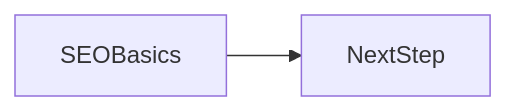
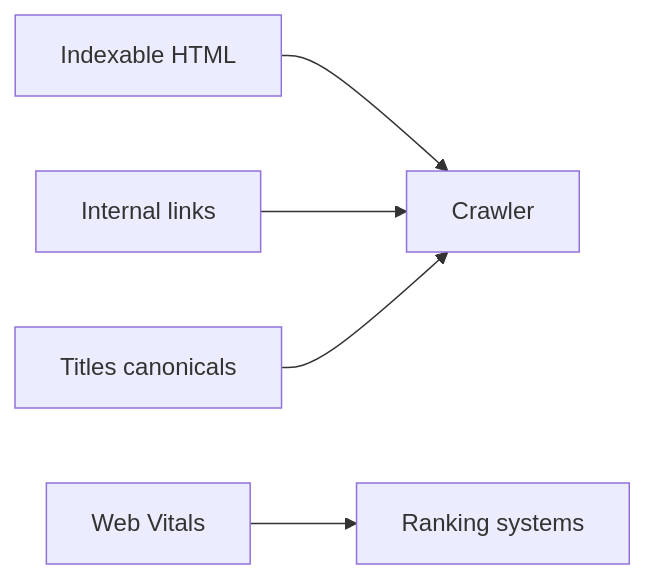
Before and after one commit to OmidJavaherii/Frontend-Engineering-Handbook: the second of 2 diagrams in docs/en/04-html/seo-basics/index.md, drawn with Mermaid. The commit also changed other lines of this file and 461 other files, not shown here.

````diff
--- a/docs/en/04-html/seo-basics/index.md
+++ b/docs/en/04-html/seo-basics/index.md
@@ -97,4 +120,7 @@
 ```mermaid
 flowchart LR
-  concept[SEOBasics] --> nextStep[NextStep]
+  HTML[Indexable HTML] --> Crawler
+  Links[Internal links] --> Crawler
+  Meta[Titles canonicals] --> Crawler
+  CWV[Web Vitals] --> Rank[Ranking systems]
 ```
````
